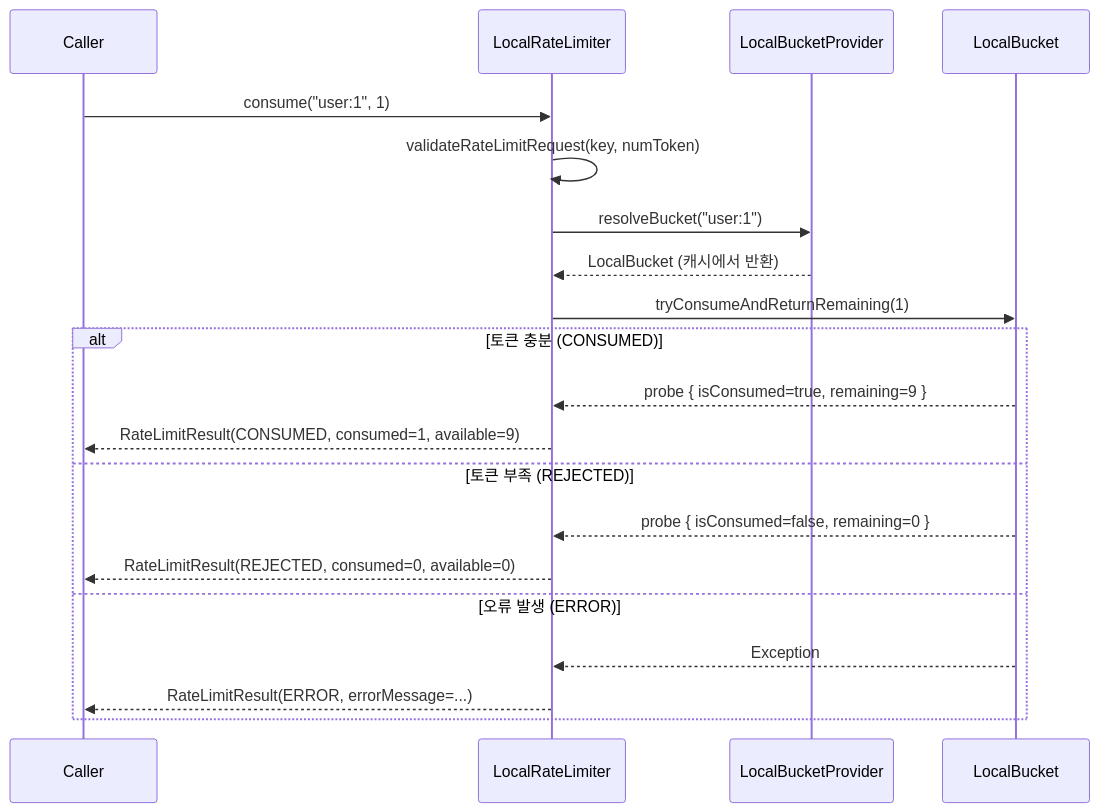
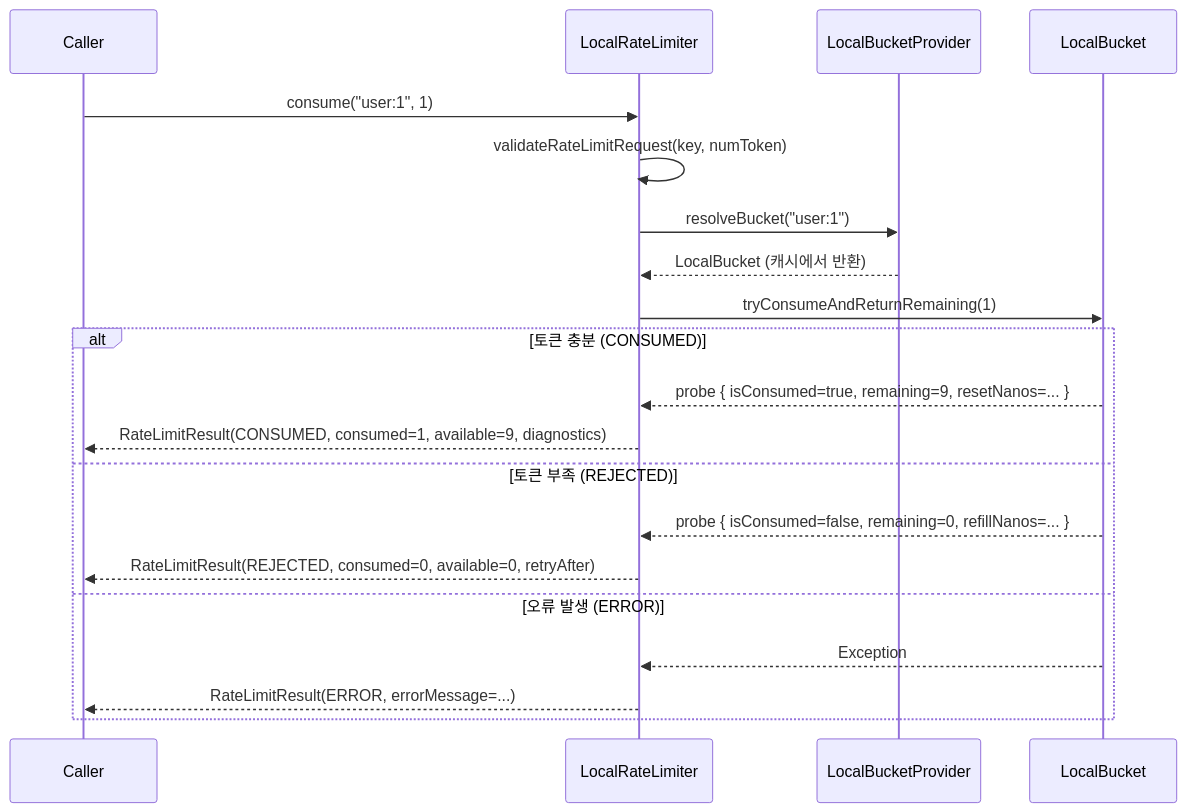
One commit to bluetape4k/bluetape4k-projects changed the second of 3 diagrams in infra/bucket4j/README.ko.md. Above: the diagram before and after it, drawn with Mermaid. The commit also changed other lines of this file and 24 other files, not shown here.

First line of the commit message:
feat: stabilize bucket4j rate limit facade (#442)

````diff
--- a/infra/bucket4j/README.ko.md
+++ b/infra/bucket4j/README.ko.md
@@ -144,23 +166,23 @@
 ```mermaid
 sequenceDiagram
     participant Caller
     participant LocalRateLimiter
     participant LocalBucketProvider
     participant LocalBucket
     Caller ->> LocalRateLimiter: consume("user:1", 1)
     LocalRateLimiter ->> LocalRateLimiter: validateRateLimitRequest(key, numToken)
     LocalRateLimiter ->> LocalBucketProvider: resolveBucket("user:1")
     LocalBucketProvider -->> LocalRateLimiter: LocalBucket (캐시에서 반환)
     LocalRateLimiter ->> LocalBucket: tryConsumeAndReturnRemaining(1)
 
     alt 토큰 충분 (CONSUMED)
-        LocalBucket -->> LocalRateLimiter: probe { isConsumed=true, remaining=9 }
-        LocalRateLimiter -->> Caller: RateLimitResult(CONSUMED, consumed=1, available=9)
+        LocalBucket -->> LocalRateLimiter: probe { isConsumed=true, remaining=9, resetNanos=... }
+        LocalRateLimiter -->> Caller: RateLimitResult(CONSUMED, consumed=1, available=9, diagnostics)
     else 토큰 부족 (REJECTED)
-        LocalBucket -->> LocalRateLimiter: probe { isConsumed=false, remaining=0 }
-        LocalRateLimiter -->> Caller: RateLimitResult(REJECTED, consumed=0, available=0)
+        LocalBucket -->> LocalRateLimiter: probe { isConsumed=false, remaining=0, refillNanos=... }
+        LocalRateLimiter -->> Caller: RateLimitResult(REJECTED, consumed=0, available=0, retryAfter)
     else 오류 발생 (ERROR)
         LocalBucket -->> LocalRateLimiter: Exception
         LocalRateLimiter -->> Caller: RateLimitResult(ERROR, errorMessage=...)
     end
 ```
````
